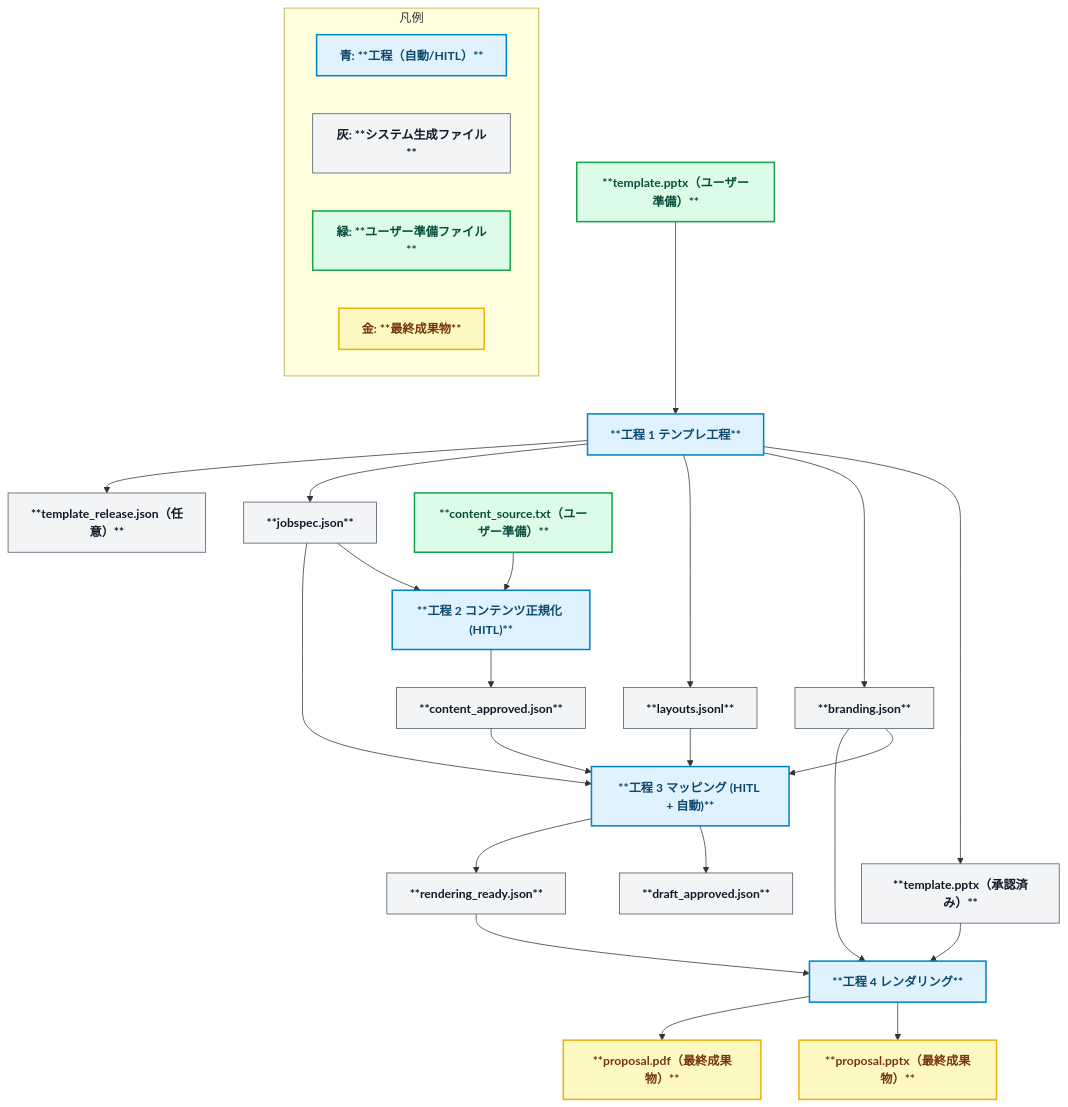
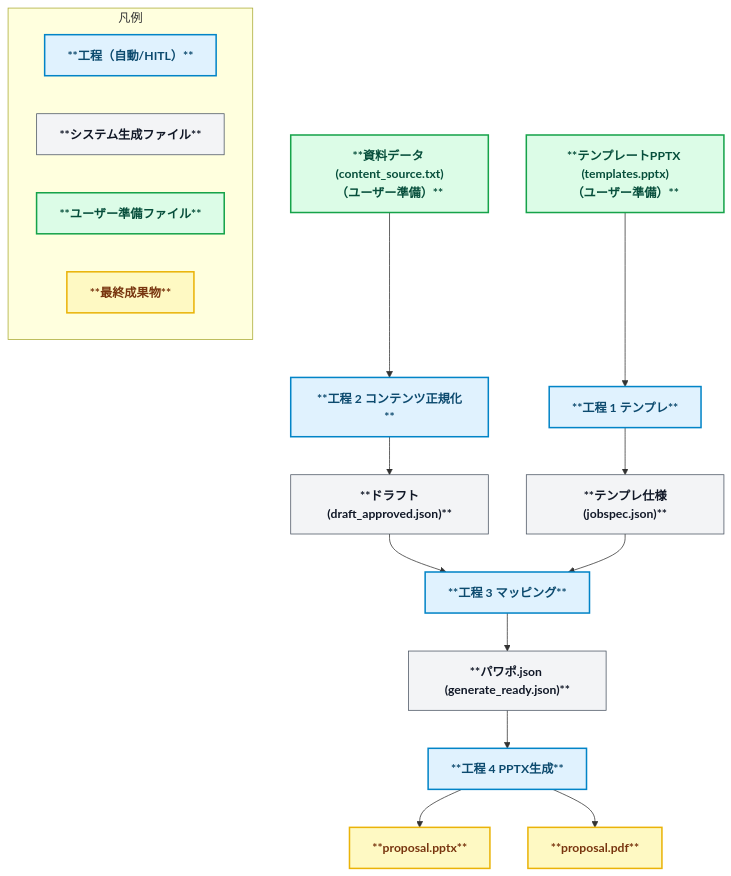
One commit to yurake/pptx_generator changed the diagram in README.md. Above: the diagram before and after it, drawn with Mermaid. The commit also changed other lines of this file, not shown here.

Commit message:
docs: update architecture overview table

````diff
--- a/README.md
+++ b/README.md
@@ -28,45 +26,36 @@
 ```mermaid
 flowchart TD
   %% ======= Styles =======
   classDef stage fill:#e0f2fe,stroke:#0284c7,stroke-width:2px,color:#0c4a6e,font-weight:bold;
   classDef file fill:#f3f4f6,stroke:#4b5563,stroke-width:1px,color:#111827,font-weight:bold;
   classDef userfile fill:#dcfce7,stroke:#16a34a,stroke-width:2px,color:#064e3b,font-weight:bold;
   classDef final fill:#fef9c3,stroke:#eab308,stroke-width:2px,color:#78350f,font-weight:bold;
 
   %% ======= Stage 1 =======
-  Tmpl["**template.pptx（ユーザー準備）**"]:::userfile --> S1["**工程 1 テンプレ工程**"]:::stage
-  S1 --> Tmpl_out["**template.pptx（承認済み）**"]:::file
-  S1 --> Brand["**branding.json**"]:::file
-  S1 --> Layouts["**layouts.jsonl**"]:::file
-  S1 --> Jobspec["**jobspec.json**"]:::file
-  S1 --> ReleaseMeta["**template_release.json（任意）**"]:::file
+  Tmpl["**テンプレートPPTX (templates.pptx)<br>（ユーザー準備）**"]:::userfile --> S1["**工程 1 テンプレ**"]:::stage
+  S1 --> Jobspec["**テンプレ仕様(jobspec.json)**"]:::file
 
   %% ======= Stage 2 =======
-  ContentSrc["**content_source.txt（ユーザー準備）**"]:::userfile --> S2["**工程 2 コンテンツ正規化 (HITL)**"]:::stage
-  Jobspec --> S2
-  S2 --> Content["**content_approved.json**"]:::file
+  ContentSrc["**資料データ (content_source.txt)<br>（ユーザー準備）**"]:::userfile --> S2["**工程 2 コンテンツ正規化**"]:::stage
+  S2 --> Draft["**ドラフト(draft_approved.json)**"]:::file
+  Draft --> S3
 
   %% ======= Stage 3 =======
-  Content --> S3["**工程 3 マッピング (HITL + 自動)**"]:::stage
-  Layouts --> S3
-  Brand --> S3
+  S3["**工程 3 マッピング**"]:::stage
   Jobspec --> S3
-  S3 --> Draft["**draft_approved.json**"]:::file
-  S3 --> Ready["**rendering_ready.json**"]:::file
+  S3 --> Ready["**パワポ.json (generate_ready.json)**"]:::file
 
   %% ======= Stage 4 =======
-  Ready --> S4["**工程 4 レンダリング**"]:::stage
-  Tmpl_out --> S4
-  Brand --> S4
-  S4 --> PPTX["**proposal.pptx（最終成果物）**"]:::final
-  S4 --> PDF["**proposal.pdf（最終成果物）**"]:::final
+  Ready --> S4["**工程 4 PPTX生成**"]:::stage
+  S4 --> PPTX["**proposal.pptx**"]:::final
+  S4 --> PDF["**proposal.pdf**"]:::final
 
   %% ======= Legend =======
   subgraph Legend[凡例]
     direction LR
-    A1["青: **工程（自動/HITL）**"]:::stage
-    A2["灰: **システム生成ファイル**"]:::file
-    A3["緑: **ユーザー準備ファイル**"]:::userfile
-    A4["金: **最終成果物**"]:::final
+    A1["**工程（自動/HITL）**"]:::stage
+    A2["**システム生成ファイル**"]:::file
+    A3["**ユーザー準備ファイル**"]:::userfile
+    A4["**最終成果物**"]:::final
   end
 ```
````
